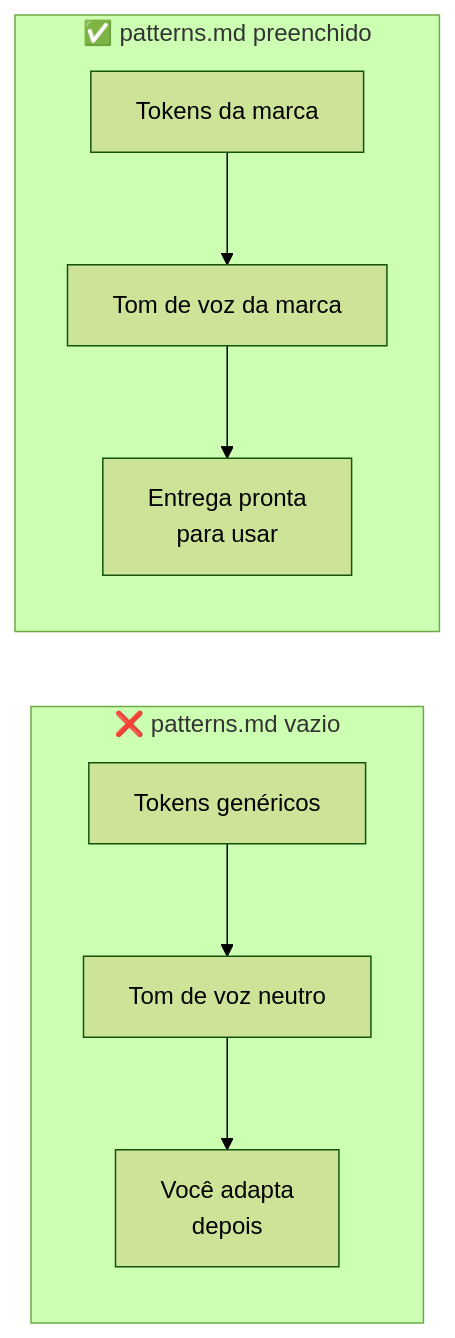
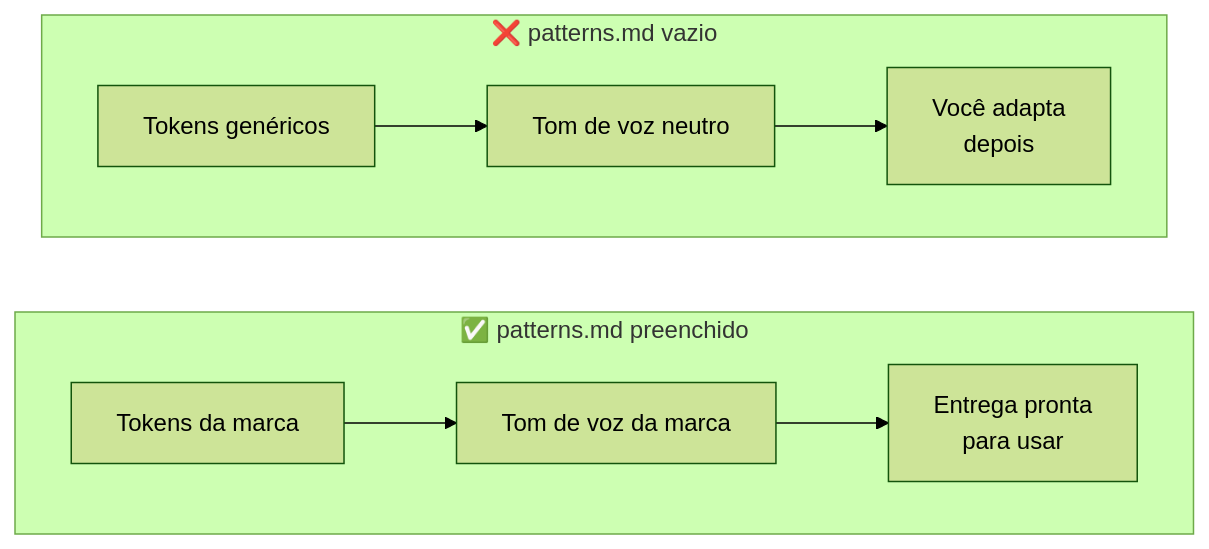
The fourth of 4 diagrams in README.pt.md (guilhermedworakowski/design-skill), drawn with Mermaid (forest theme) before and after one commit. The commit also changed 1 other file, not shown here.

Commit message:
fix(readme): corrige a orientação do diagrama antes/depois
O diagrama renderizava empilhado na vertical e com a ordem invertida (depois acima de antes). Cada bloco agora é horizontal, e um link invisível garante que antes venha primeiro.

````diff
--- a/README.pt.md
+++ b/README.pt.md
@@ -286,9 +286,12 @@
 ```mermaid
-flowchart LR
+flowchart TB
     subgraph ANTES["❌ patterns.md vazio"]
+        direction LR
         A1["Tokens genéricos"] --> A2["Tom de voz neutro"] --> A3["Você adapta<br/>depois"]
     end
     subgraph DEPOIS["✅ patterns.md preenchido"]
+        direction LR
         B1["Tokens da marca"] --> B2["Tom de voz da marca"] --> B3["Entrega pronta<br/>para usar"]
     end
+    ANTES ~~~ DEPOIS
 ```
````
